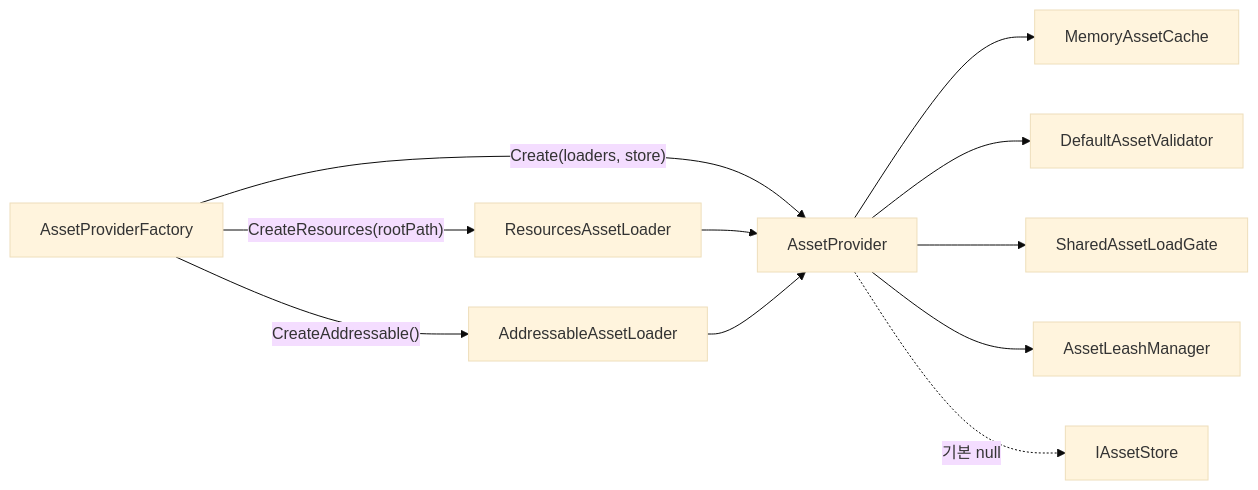
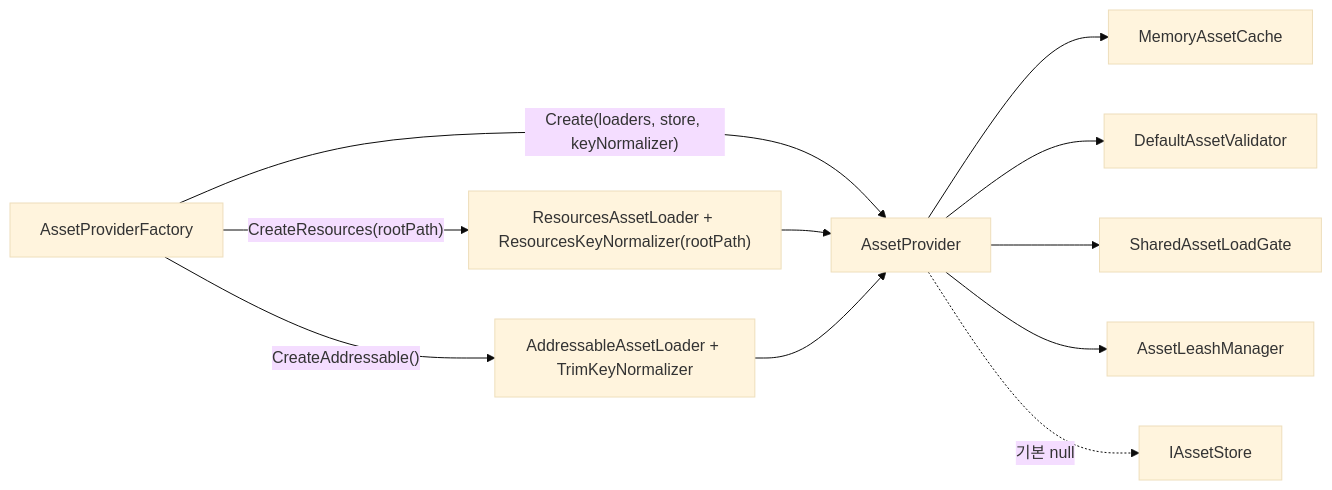
One commit to HoHong123/HCUP-Unity changed the first of 3 diagrams in HResource/docs/Provider.md. Above: the diagram before and after it, drawn with Mermaid (base theme). The commit also changed other lines of this file, not shown here.

Commit message:
[Docs] 📝 22.09.26 Add the key normalizer to the provider doc and move its line references

````diff
--- a/HResource/docs/Provider.md
+++ b/HResource/docs/Provider.md
@@ -39,13 +40,13 @@
 ```mermaid
 flowchart LR
-    F["AssetProviderFactory"] -->|"CreateResources(rootPath)"| R["ResourcesAssetLoader"]
-    F -->|"CreateAddressable()"| A["AddressableAssetLoader"]
-    F -->|"Create(loaders, store)"| P["AssetProvider"]
+    F["AssetProviderFactory"] -->|"CreateResources(rootPath)"| R["ResourcesAssetLoader + ResourcesKeyNormalizer(rootPath)"]
+    F -->|"CreateAddressable()"| A["AddressableAssetLoader + TrimKeyNormalizer"]
+    F -->|"Create(loaders, store, keyNormalizer)"| P["AssetProvider"]
     R --> P
     A --> P
     P --> M["MemoryAssetCache"]
     P --> V["DefaultAssetValidator"]
     P --> G["SharedAssetLoadGate"]
     P --> N["AssetLeashManager"]
     P -.->|"기본 null"| S["IAssetStore"]
 ```
````
